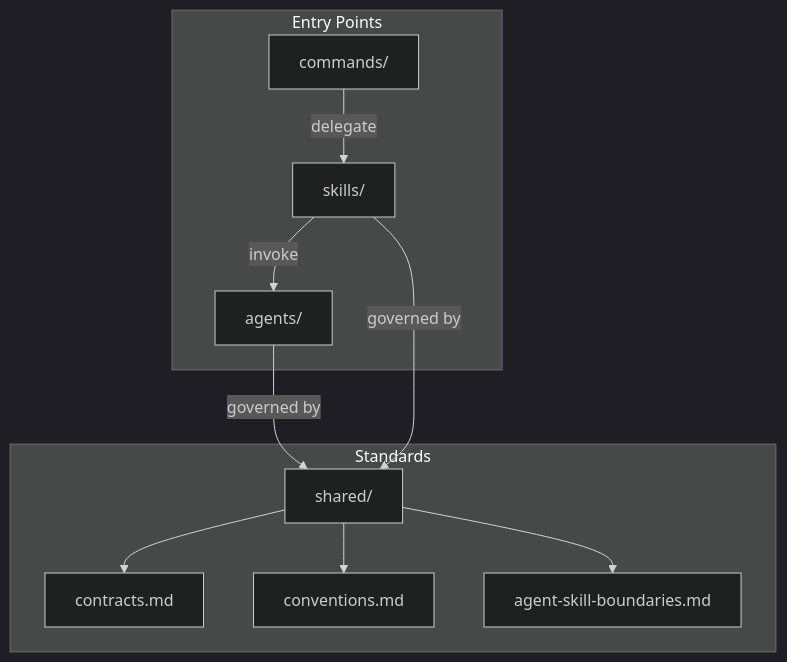
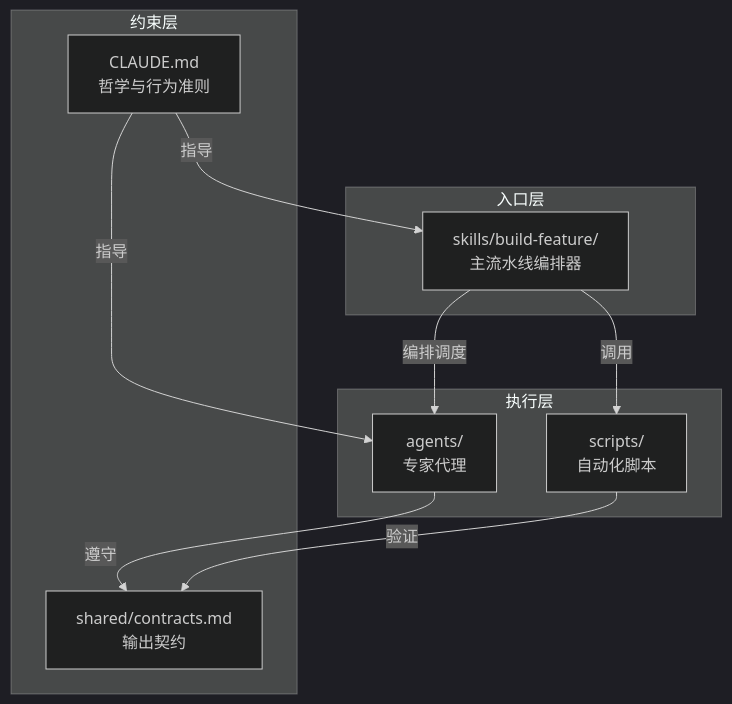
One commit to effiy/YrY changed the first of 2 diagrams in README.md. Above: the diagram before and after it, drawn with Mermaid (dark theme). The commit also changed other lines of this file and 47 other files, not shown here.

````diff
--- a/README.md
+++ b/README.md
@@ -3,14 +5,23 @@
 ```mermaid
 graph TD
-    subgraph "Entry Points"
-        CMD[commands/] -->|delegate| SKILLS[skills/]
-        SKILLS -->|invoke| AGENTS[agents/]
+    subgraph 入口层
+        SKILL[skills/build-feature/<br/>主流水线编排器]
     end
-    subgraph "Standards"
-        SHARED[shared/] --> CONTRACTS[contracts.md]
-        SHARED --> CONVENTIONS[conventions.md]
-        SHARED --> BOUNDARIES[agent-skill-boundaries.md]
+
+    subgraph 执行层
+        AGENTS[agents/<br/>专家代理]
+        SCRIPTS[scripts/<br/>自动化脚本]
     end
-    AGENTS -->|governed by| SHARED
-    SKILLS -->|governed by| SHARED
+
+    subgraph 约束层
+        CONTRACTS[shared/contracts.md<br/>输出契约]
+        CLAUDE[CLAUDE.md<br/>哲学与行为准则]
+    end
+
+    SKILL -->|编排调度| AGENTS
+    SKILL -->|调用| SCRIPTS
+    AGENTS -->|遵守| CONTRACTS
+    SCRIPTS -->|验证| CONTRACTS
+    CLAUDE -->|指导| AGENTS
+    CLAUDE -->|指导| SKILL
 ```
````
